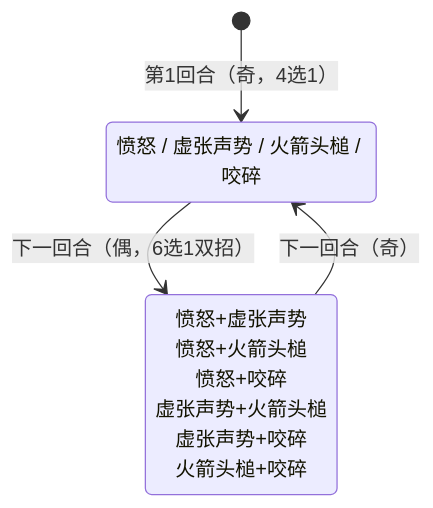
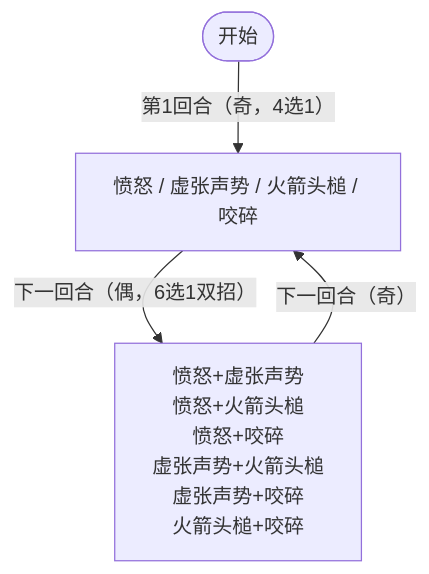
The diagram in docs/monsters/elite/steel_jaw_shark_monster.md (ttyl11/seer-wiki), drawn with Mermaid before and after one commit. The commit also changed 9 other files, not shown here.

First line of the commit message:
fix: 修复角色图鉴图标尺寸、mermaid节点文本截断、文案调整

````diff
--- a/docs/monsters/elite/steel_jaw_shark_monster.md
+++ b/docs/monsters/elite/steel_jaw_shark_monster.md
@@ -17,9 +17,6 @@
 ```mermaid
-stateDiagram-v2
-    direction TB
-    state "愤怒 / 虚张声势 / 火箭头槌 / 咬碎" as s1
-    state "愤怒+虚张声势<br/>愤怒+火箭头槌<br/>愤怒+咬碎<br/>虚张声势+火箭头槌<br/>虚张声势+咬碎<br/>火箭头槌+咬碎" as s2
-    [*] --> s1: 第1回合（奇，4选1）
-    s1 --> s2: 下一回合（偶，6选1双招）
-    s2 --> s1: 下一回合（奇）
+flowchart TD
+    A([开始]) -->|"第1回合（奇，4选1）"| B["愤怒 / 虚张声势 / 火箭头槌 / 咬碎"]
+    B -->|"下一回合（偶，6选1双招）"| C["愤怒+虚张声势<br/>愤怒+火箭头槌<br/>愤怒+咬碎<br/>虚张声势+火箭头槌<br/>虚张声势+咬碎<br/>火箭头槌+咬碎"]
+    C -->|"下一回合（奇）"| B
 ```
````
